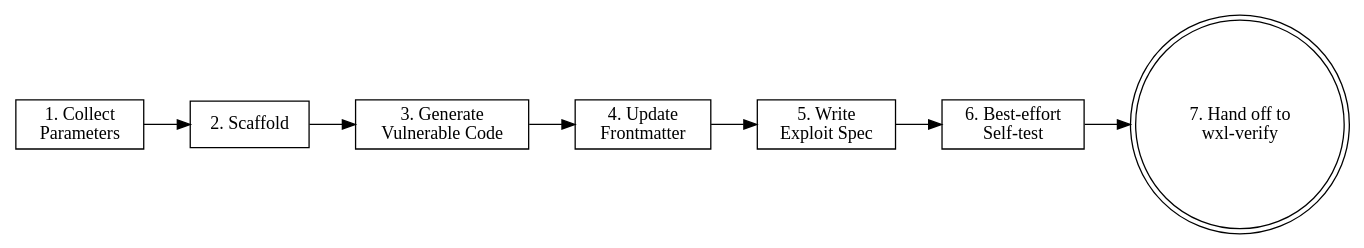
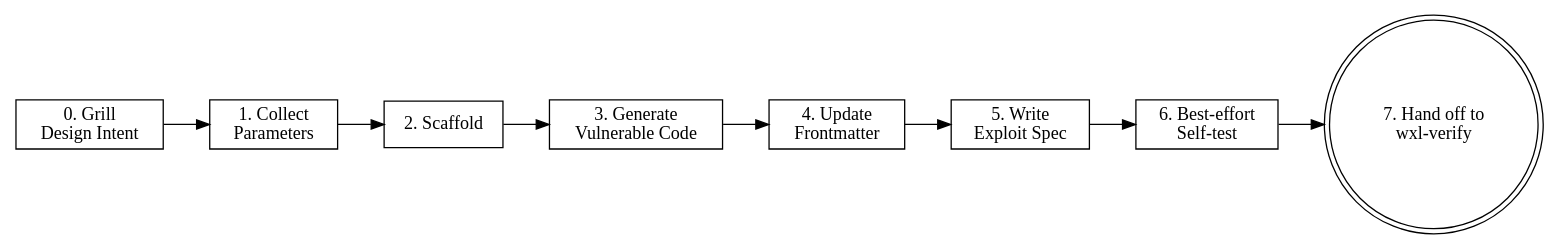
One commit to BrowserLaboratory/wxl-template changed the diagram in .agent/skills/wxl-create/SKILL.md. Above: the diagram before and after it, drawn with Graphviz. The commit also changed other lines of this file and 14 other files, not shown here.

````diff
--- a/.agent/skills/wxl-create/SKILL.md
+++ b/.agent/skills/wxl-create/SKILL.md
@@ -22,14 +22,15 @@
 ```dot
 digraph flow {
     rankdir=LR;
     node [shape=box];
+    grill     [label="0. Grill\nDesign Intent"];
     collect   [label="1. Collect\nParameters"];
     scaffold  [label="2. Scaffold"];
     generate  [label="3. Generate\nVulnerable Code"];
     metadata  [label="4. Update\nFrontmatter"];
     spec      [label="5. Write\nExploit Spec"];
     selftest  [label="6. Best-effort\nSelf-test"];
     handoff   [label="7. Hand off to\nwxl-verify", shape=doublecircle];
-    collect -> scaffold -> generate -> metadata -> spec -> selftest -> handoff;
+    grill -> collect -> scaffold -> generate -> metadata -> spec -> selftest -> handoff;
 }
 ```
````
